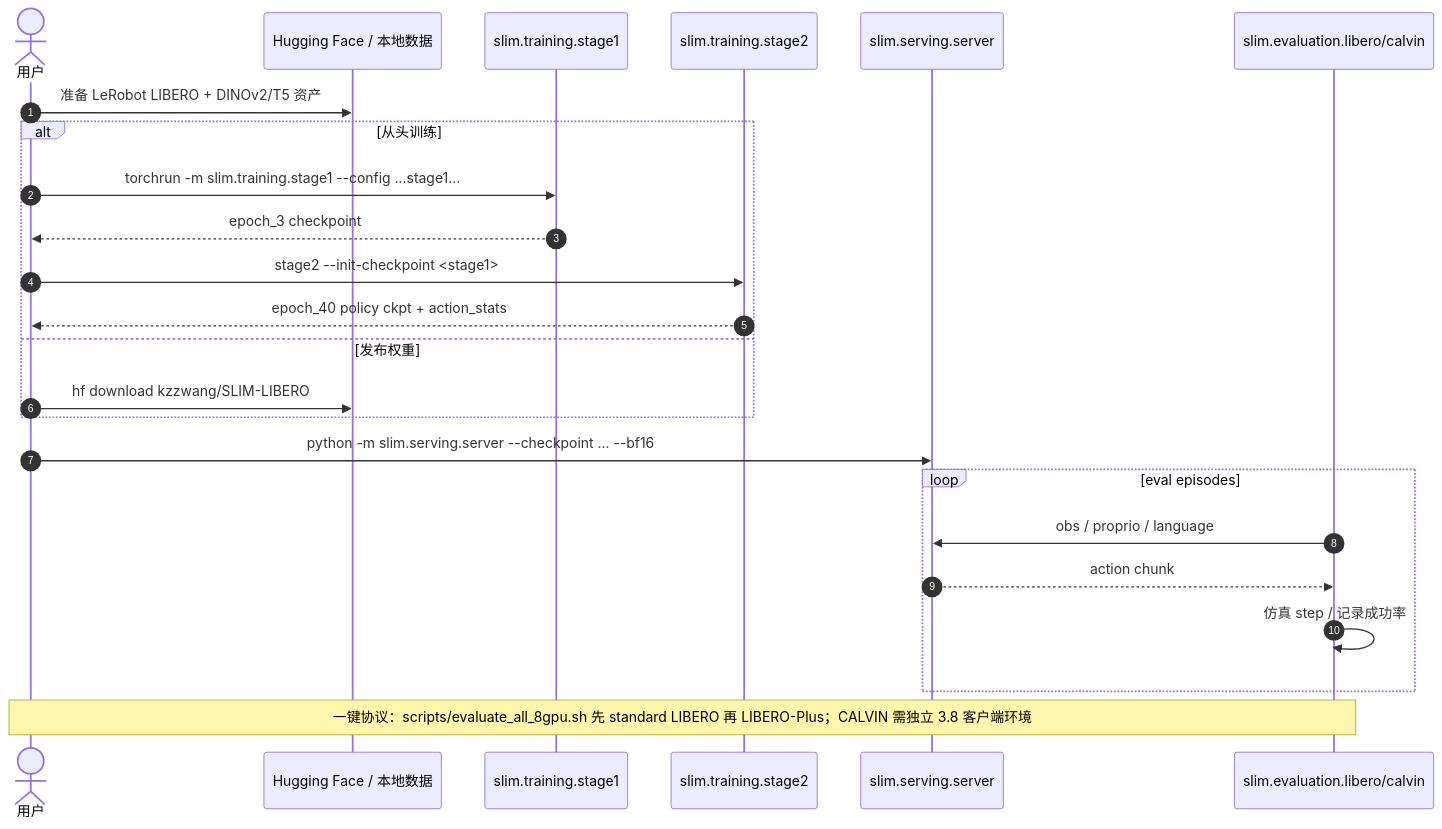
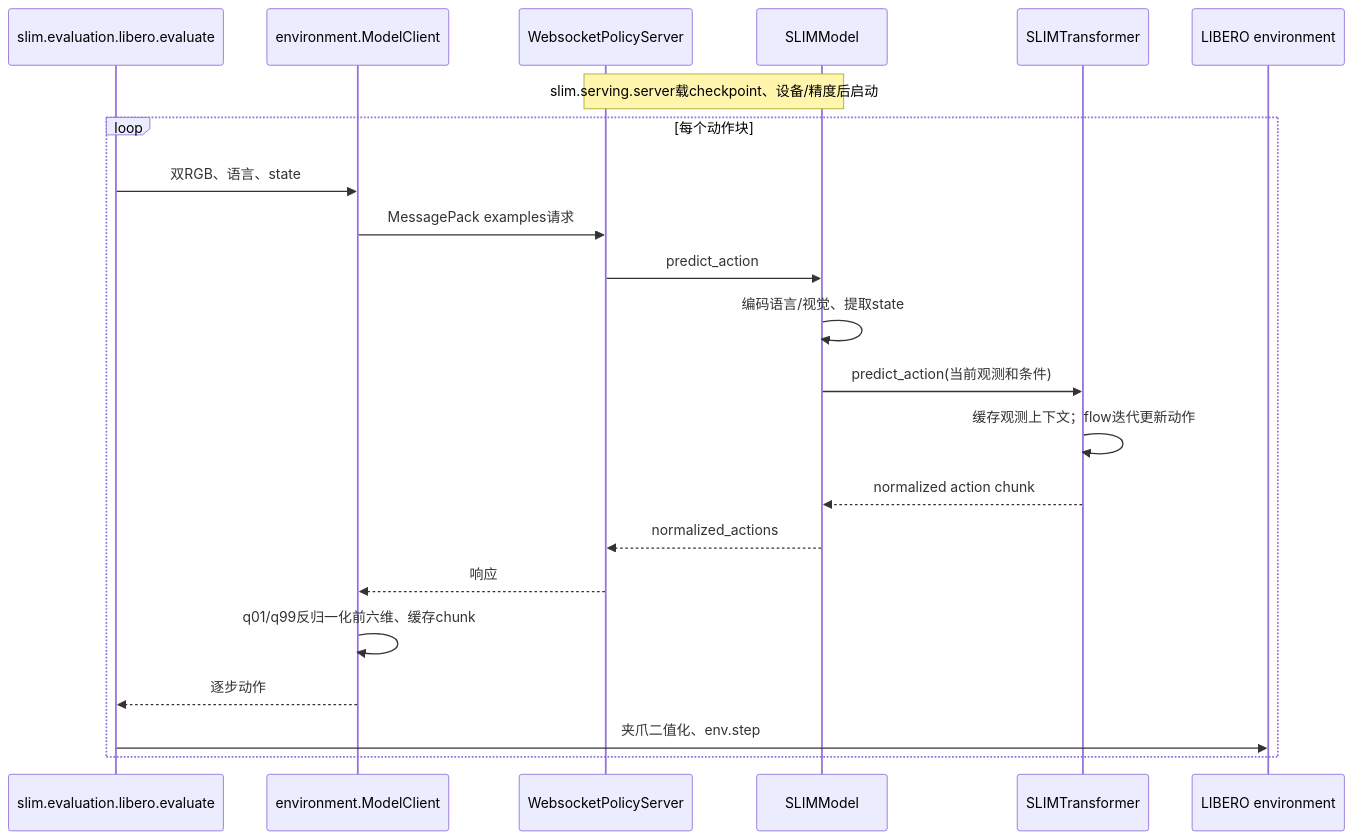
Before and after one commit to ImChong/Robotics_Notebooks: the second of 2 diagrams in wiki/entities/paper-slim-05b.md, drawn with Mermaid. The commit also changed other lines of this file and 208 other files, not shown here.

Commit message:
[2026-11-14] ingest | roadmap/depth-wam.md — 补齐 WAM 全部节点原文证据与满分健康度

````diff
--- a/wiki/entities/paper-slim-05b.md
+++ b/wiki/entities/paper-slim-05b.md
@@ -116,27 +118,24 @@
 ```mermaid
 sequenceDiagram
-  autonumber
-  actor U as 用户
-  participant HF as Hugging Face / 本地数据
-  participant S1 as slim.training.stage1
-  participant S2 as slim.training.stage2
-  participant PS as slim.serving.server
-  participant Ev as slim.evaluation.libero/calvin
-
-  U->>HF: 准备 LeRobot LIBERO + DINOv2/T5 资产
-  alt 从头训练
-    U->>S1: torchrun -m slim.training.stage1 --config ...stage1...
-    S1-->>U: epoch_3 checkpoint
-    U->>S2: stage2 --init-checkpoint <stage1>
-    S2-->>U: epoch_40 policy ckpt + action_stats
-  else 发布权重
-    U->>HF: hf download kzzwang/SLIM-LIBERO
+  participant E as slim.evaluation.libero.evaluate
+  participant C as environment.ModelClient
+  participant W as WebsocketPolicyServer
+  participant M as SLIMModel
+  participant T as SLIMTransformer
+  participant S as LIBERO environment
+  Note over W,M: slim.serving.server载checkpoint、设备/精度后启动
+  loop 每个动作块
+    E->>C: 双RGB、语言、state
+    C->>W: MessagePack examples请求
+    W->>M: predict_action
+    M->>M: 编码语言/视觉、提取state
+    M->>T: predict_action(当前观测和条件)
+    T->>T: 缓存观测上下文；flow迭代更新动作
+    T-->>M: normalized action chunk
+    M-->>W: normalized_actions
+    W-->>C: 响应
+    C->>C: q01/q99反归一化前六维、缓存chunk
+    C-->>E: 逐步动作
+    E->>S: 夹爪二值化、env.step
   end
-  U->>PS: python -m slim.serving.server --checkpoint ... --bf16
-  loop eval episodes
-    Ev->>PS: obs / proprio / language
-    PS-->>Ev: action chunk
-    Ev->>Ev: 仿真 step / 记录成功率
-  end
-  Note over U,Ev: 一键协议：scripts/evaluate_all_8gpu.sh 先 standard LIBERO 再 LIBERO-Plus；CALVIN 需独立 3.8 客户端环境
 ```
````
